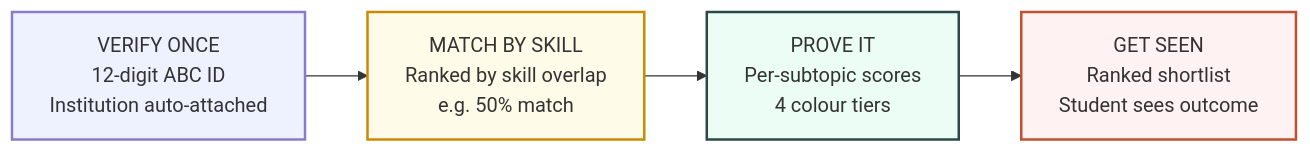
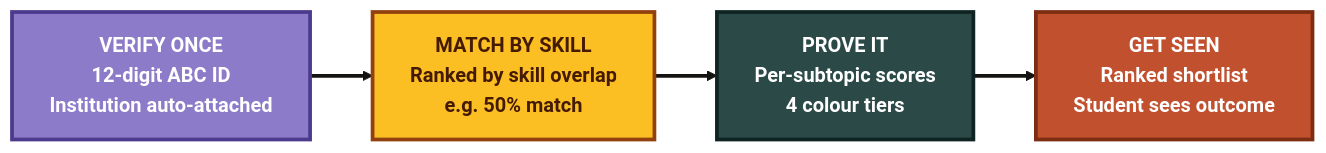
Before and after one commit to ayushjha-dev/RISE: the first of 7 diagrams in README.md, drawn with Mermaid. The commit also changed other lines of this file, not shown here.

Commit message:
Make README diagrams high-contrast and attractive

````diff
--- a/README.md
+++ b/README.md
@@ -146,10 +146,15 @@
 ```mermaid
+%%{init: {'theme': 'base', 'themeVariables': {'fontSize': '16px', 'fontFamily': 'Inter, system-ui, sans-serif', 'lineColor': '#141311'}}}%%
 flowchart LR
-    A[VERIFY ONCE<br/>12-digit ABC ID<br/>Institution auto-attached] --> B[MATCH BY SKILL<br/>Ranked by skill overlap<br/>e.g. 50% match]
-    B --> C[PROVE IT<br/>Per-subtopic scores<br/>4 colour tiers]
-    C --> D[GET SEEN<br/>Ranked shortlist<br/>Student sees outcome]
-    style A fill:#eef2ff,stroke:#8c7bc9,stroke-width:2px
-    style B fill:#fefce8,stroke:#ca8a04,stroke-width:2px
-    style C fill:#ecfdf5,stroke:#2b4a47,stroke-width:2px
-    style D fill:#fef2f2,stroke:#c1502e,stroke-width:2px
+    A["<b>VERIFY ONCE</b><br/>12-digit ABC ID<br/>Institution auto-attached"]
+    B["<b>MATCH BY SKILL</b><br/>Ranked by skill overlap<br/>e.g. 50% match"]
+    C["<b>PROVE IT</b><br/>Per-subtopic scores<br/>4 colour tiers"]
+    D["<b>GET SEEN</b><br/>Ranked shortlist<br/>Student sees outcome"]
+    A --> B --> C --> D
+    classDef verify fill:#8c7bc9,stroke:#4c3a8c,stroke-width:3px,color:#fff,font-weight:bold;
+    classDef match fill:#fbbf24,stroke:#92400e,stroke-width:3px,color:#451a03,font-weight:bold;
+    classDef prove fill:#2b4a47,stroke:#0f2422,stroke-width:3px,color:#fff,font-weight:bold;
+    classDef seen fill:#c1502e,stroke:#7c2d12,stroke-width:3px,color:#fff,font-weight:bold;
+    class A verify; class B match; class C prove; class D seen;
+    linkStyle 0,1,2 stroke:#141311,stroke-width:3px;
 ```
````
